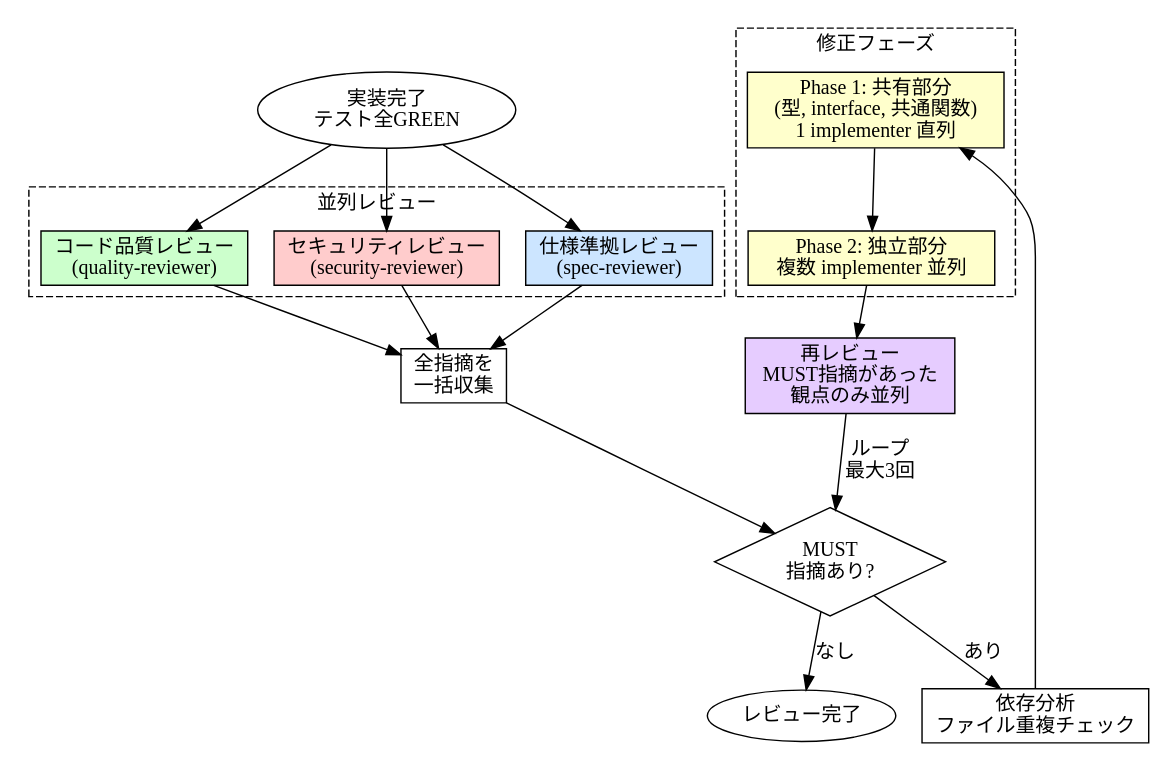
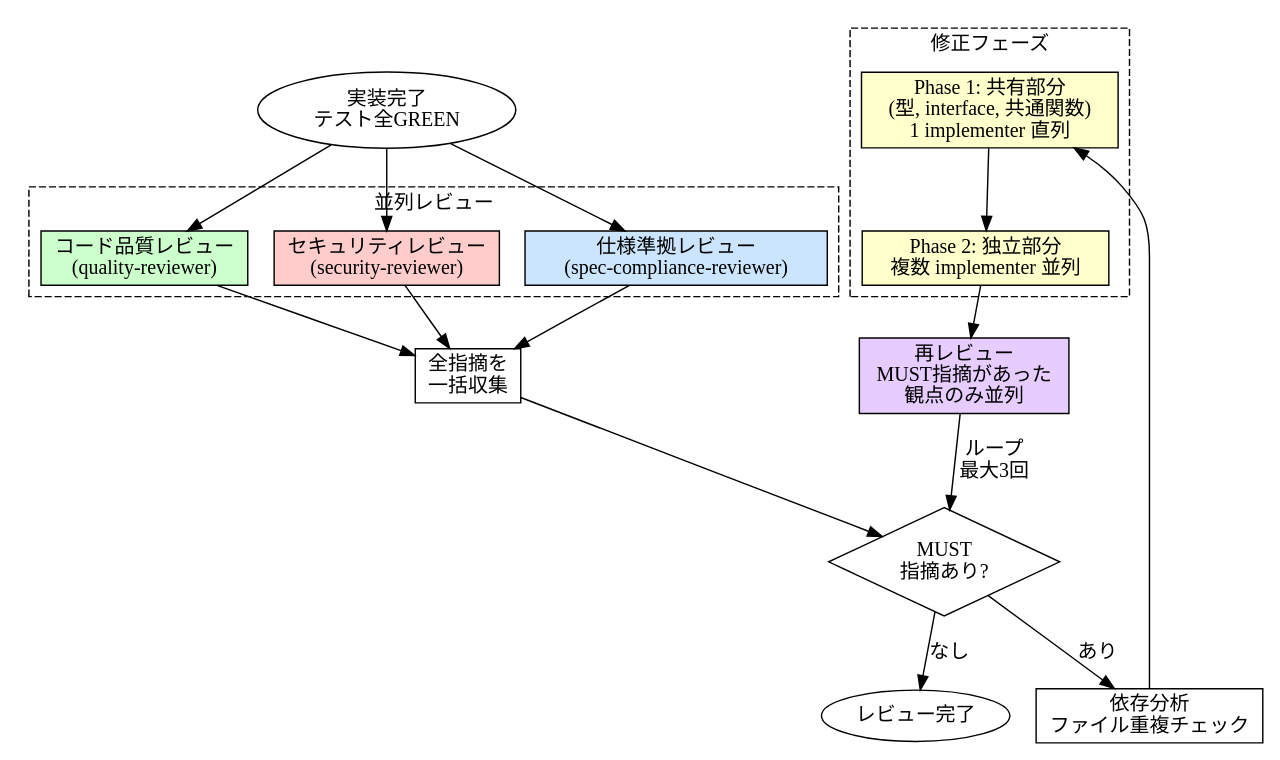
One commit to sizukutamago/claude-code-harness changed the diagram in .claude/skills/code-review/SKILL.md. Above: the diagram before and after it, drawn with Graphviz. The commit also changed other lines of this file and 26 other files, not shown here.

````diff
--- a/.claude/skills/code-review/SKILL.md
+++ b/.claude/skills/code-review/SKILL.md
@@ -46,42 +46,42 @@
 ```dot
 digraph code_review {
     rankdir=TB;
     input [label="実装完了\nテスト全GREEN", shape=ellipse];
 
     subgraph cluster_parallel {
         label="並列レビュー";
         style=dashed;
-        spec [label="仕様準拠レビュー\n(spec-reviewer)", shape=box, style=filled, fillcolor="#cce5ff"];
+        spec [label="仕様準拠レビュー\n(spec-compliance-reviewer)", shape=box, style=filled, fillcolor="#cce5ff"];
         quality [label="コード品質レビュー\n(quality-reviewer)", shape=box, style=filled, fillcolor="#ccffcc"];
         security [label="セキュリティレビュー\n(security-reviewer)", shape=box, style=filled, fillcolor="#ffcccc"];
     }
 
     collect [label="全指摘を\n一括収集", shape=box];
     has_must [label="MUST\n指摘あり?", shape=diamond];
     analyze [label="依存分析\nファイル重複チェック", shape=box];
 
     subgraph cluster_fix {
         label="修正フェーズ";
         style=dashed;
         fix_shared [label="Phase 1: 共有部分\n(型, interface, 共通関数)\n1 implementer 直列", shape=box, style=filled, fillcolor="#ffffcc"];
         fix_parallel [label="Phase 2: 独立部分\n複数 implementer 並列", shape=box, style=filled, fillcolor="#ffffcc"];
     }
 
     re_review [label="再レビュー\nMUST指摘があった\n観点のみ並列", shape=box, style=filled, fillcolor="#e6ccff"];
     done [label="レビュー完了", shape=ellipse];
 
     input -> spec;
     input -> quality;
     input -> security;
     spec -> collect;
     quality -> collect;
     security -> collect;
     collect -> has_must;
     has_must -> done [label="なし"];
     has_must -> analyze [label="あり"];
     analyze -> fix_shared;
     fix_shared -> fix_parallel;
     fix_parallel -> re_review;
     re_review -> has_must [label="ループ\n最大3回"];
 }
 ```
````
